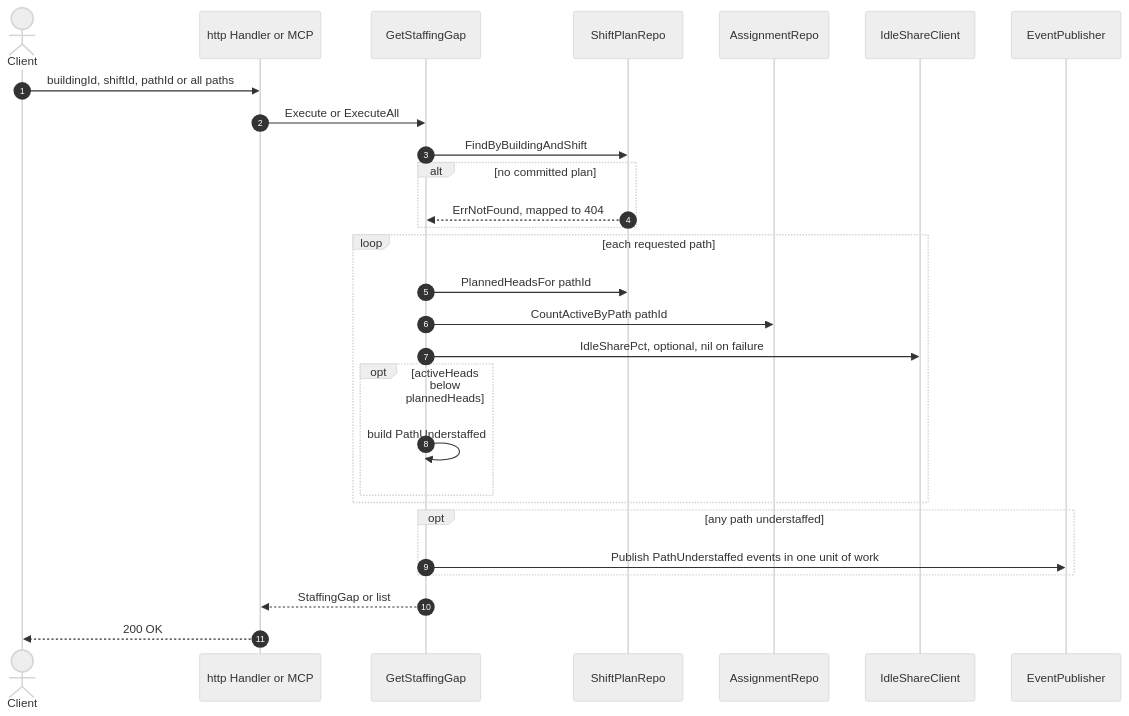
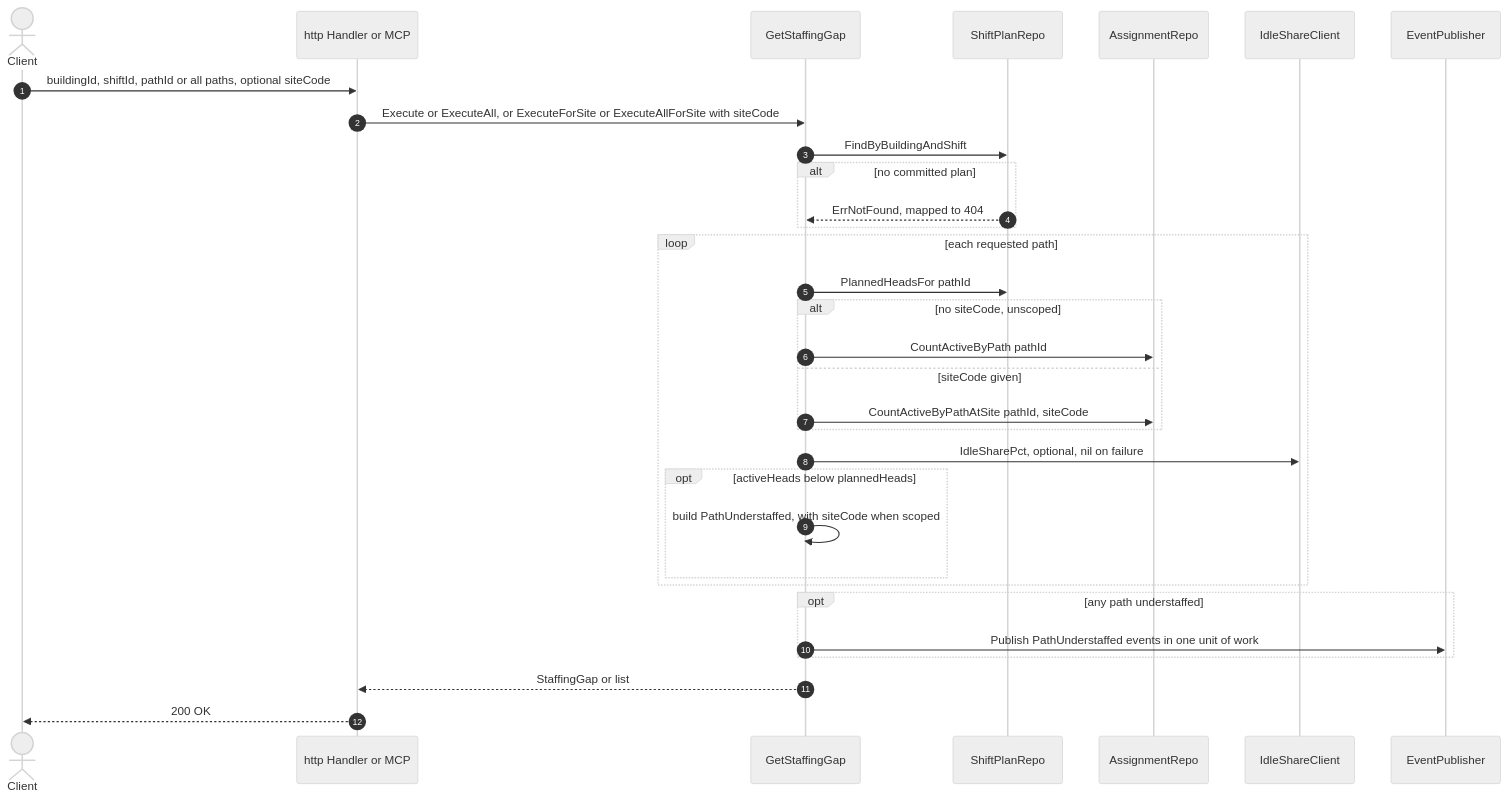
Before and after one commit to IQVO/warehouse-docs: the seventh of 7 diagrams in docs/contexts/workforce-management/sequence-diagrams.md, drawn with Mermaid (neutral theme). The commit also changed other lines of this file and 318 other files, not shown here.

````diff
--- a/docs/contexts/workforce-management/sequence-diagrams.md
+++ b/docs/contexts/workforce-management/sequence-diagrams.md
@@ -326,30 +329,34 @@
 ```mermaid
 sequenceDiagram
     autonumber
     actor Client
     participant In as http Handler or MCP
     participant UC as GetStaffingGap
     participant SR as ShiftPlanRepo
     participant LR as AssignmentRepo
     participant IS as IdleShareClient
     participant OB as EventPublisher
-    Client->>In: buildingId, shiftId, pathId or all paths
-    In->>UC: Execute or ExecuteAll
+    Client->>In: buildingId, shiftId, pathId or all paths, optional siteCode
+    In->>UC: Execute or ExecuteAll, or ExecuteForSite or ExecuteAllForSite with siteCode
     UC->>SR: FindByBuildingAndShift
     alt no committed plan
         SR-->>UC: ErrNotFound, mapped to 404
     end
     loop each requested path
         UC->>SR: PlannedHeadsFor pathId
-        UC->>LR: CountActiveByPath pathId
+        alt no siteCode, unscoped
+            UC->>LR: CountActiveByPath pathId
+        else siteCode given
+            UC->>LR: CountActiveByPathAtSite pathId, siteCode
+        end
         UC->>IS: IdleSharePct, optional, nil on failure
         opt activeHeads below plannedHeads
-            UC->>UC: build PathUnderstaffed
+            UC->>UC: build PathUnderstaffed, with siteCode when scoped
         end
     end
     opt any path understaffed
         UC->>OB: Publish PathUnderstaffed events in one unit of work
     end
     UC-->>In: StaffingGap or list
     In-->>Client: 200 OK
 ```
````
